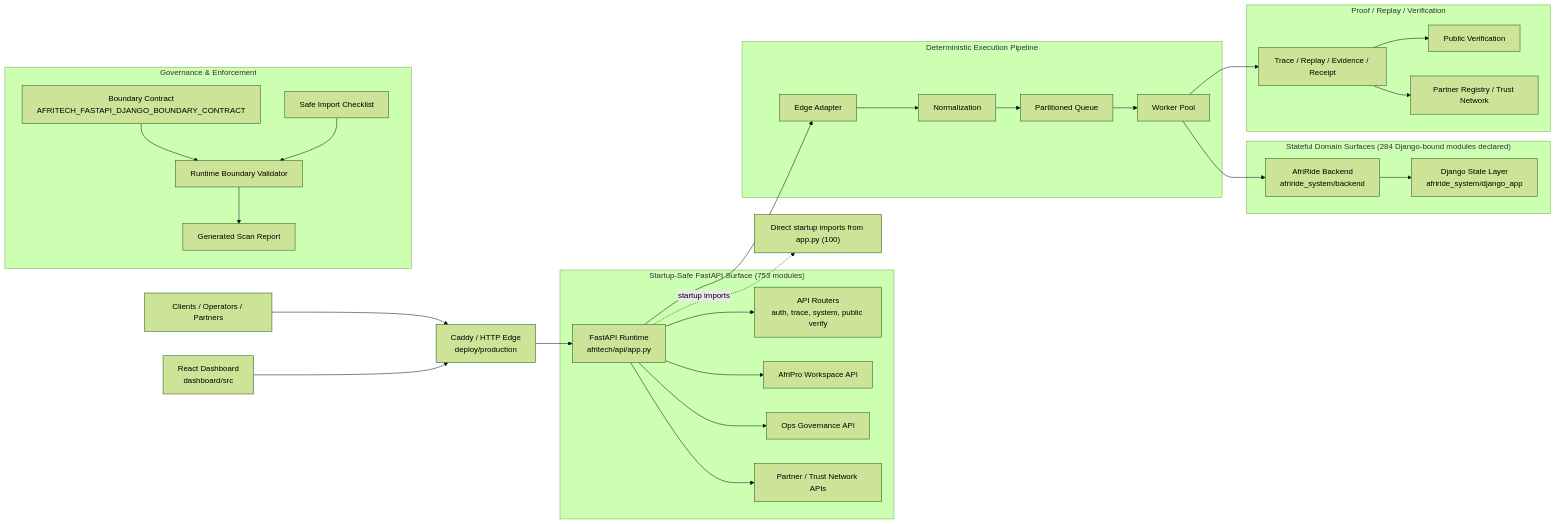
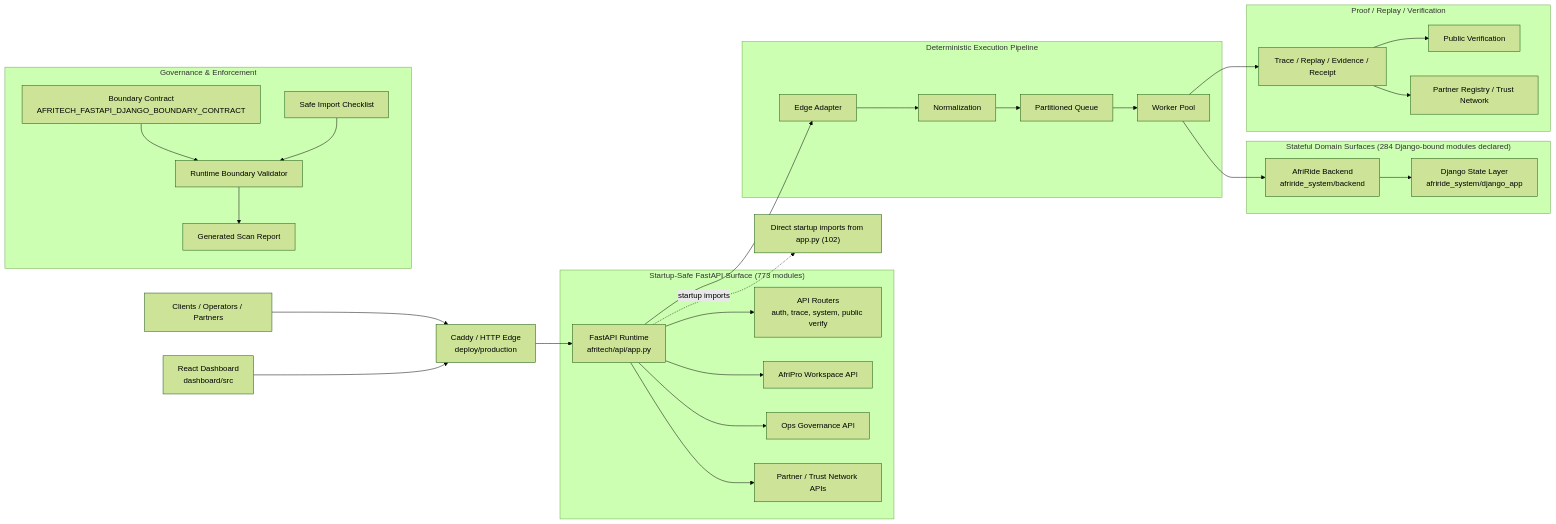
Before and after one commit to Strelly2023/afritelematics: the first of 2 diagrams in docs/architecture/AFRITECH_FULL_ARCHITECTURE_GRAPH.md, drawn with Mermaid (forest theme). The commit also changed other lines of this file and 3 other files, not shown here.

````diff
--- a/docs/architecture/AFRITECH_FULL_ARCHITECTURE_GRAPH.md
+++ b/docs/architecture/AFRITECH_FULL_ARCHITECTURE_GRAPH.md
@@ -22,39 +22,39 @@
 ```mermaid
 flowchart LR
     Client["Clients / Operators / Partners"] --> Edge["Caddy / HTTP Edge\ndeploy/production"]
     Dashboard["React Dashboard\ndashboard/src"] --> Edge
     Edge --> App["FastAPI Runtime\nafritech/api/app.py"]
 
-    subgraph FastAPI["Startup-Safe FastAPI Surface (753 modules)"]
+    subgraph FastAPI["Startup-Safe FastAPI Surface (773 modules)"]
         App --> Api["API Routers\nauth, trace, system, public verify"]
         App --> Workspace["AfriPro Workspace API"]
         App --> Governance["Ops Governance API"]
         App --> Trust["Partner / Trust Network APIs"]
     end
 
     subgraph Pipeline["Deterministic Execution Pipeline"]
         App --> Adapt["Edge Adapter"]
         Adapt --> Normalize["Normalization"]
         Normalize --> Queue["Partitioned Queue"]
         Queue --> Worker["Worker Pool"]
     end
 
     subgraph State["Stateful Domain Surfaces (284 Django-bound modules declared)"]
         Worker --> Domain["AfriRide Backend\nafriride_system/backend"]
         Domain --> Django["Django State Layer\nafriride_system/django_app"]
     end
 
     subgraph Proof["Proof / Replay / Verification"]
         Worker --> Trace["Trace / Replay / Evidence / Receipt"]
         Trace --> Public["Public Verification"]
         Trace --> Registry["Partner Registry / Trust Network"]
     end
 
     subgraph GovernancePlane["Governance & Enforcement"]
         Contract["Boundary Contract\nAFRITECH_FASTAPI_DJANGO_BOUNDARY_CONTRACT"] --> Validator["Runtime Boundary Validator"]
         Checklist["Safe Import Checklist"] --> Validator
         Validator --> Review["Generated Scan Report"]
     end
 
-    App -. startup imports .-> Imports["Direct startup imports from app.py (100)"]
+    App -. startup imports .-> Imports["Direct startup imports from app.py (102)"]
 ```
````
